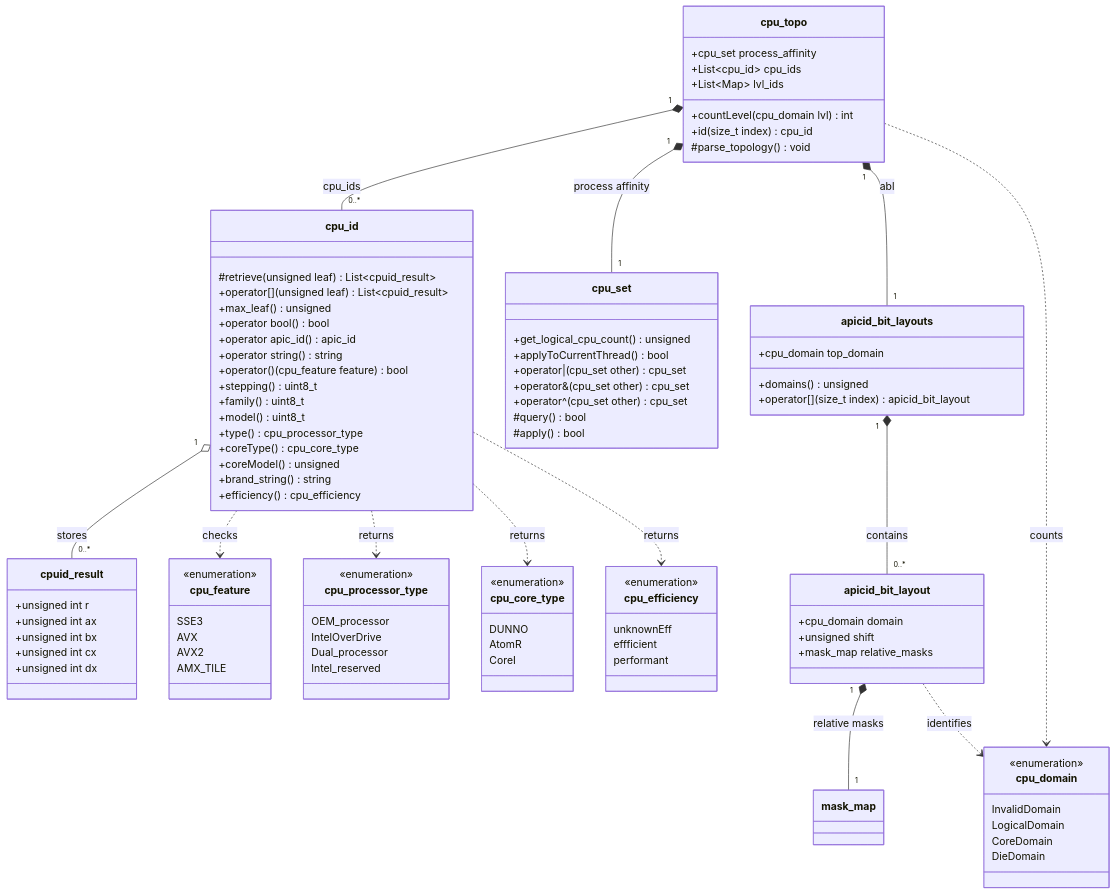
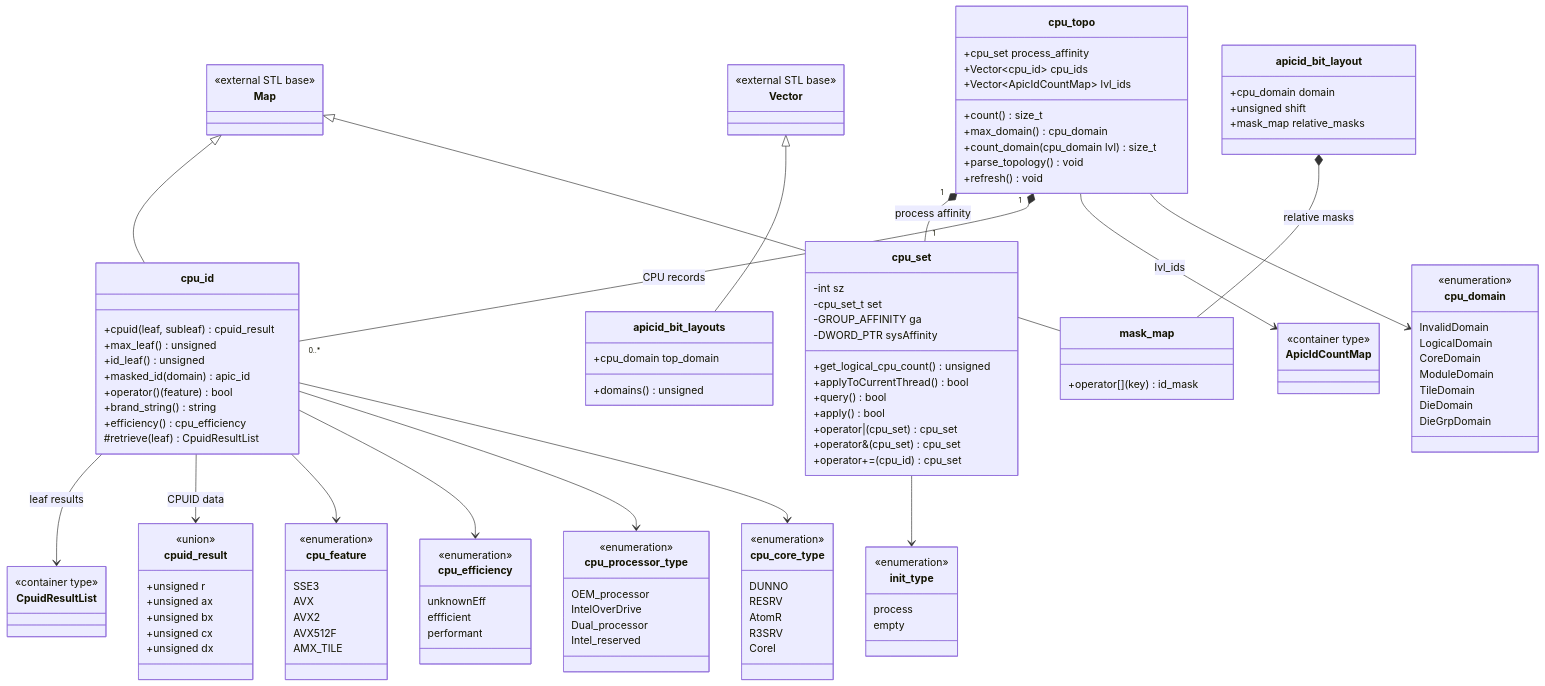
Before and after one commit to St0fF-NPL-ToM/cpu_info: the diagram in docs/cpu_info.mmd, drawn with Mermaid.

Commit message:
updated mermaid diagram

```diff
--- a/docs/cpu_info.mmd
+++ b/docs/cpu_info.mmd
@@ -1,119 +1,142 @@
----
-references:
-  - "File: /cpu_enums.h"
-  - "File: /cpu_id.h"
-  - "File: /cpu_info.h"
-  - "File: /cpu_set.h"
-generationTime: 2026-09-30T19:21:25.654Z
----
 classDiagram
-    class cpuid_result {
-        +unsigned int r
-        +unsigned int ax
-        +unsigned int bx
-        +unsigned int cx
-        +unsigned int dx
+    class cpu_topo {
+        +cpu_set process_affinity
+        +Vector~cpu_id~ cpu_ids
+        +Vector~ApicIdCountMap~ lvl_ids
+        +count() size_t
+        +max_domain() cpu_domain
+        +count_domain(cpu_domain lvl) size_t
+        +parse_topology() void
+        +refresh() void
     }
 
     class cpu_id {
-        #retrieve(unsigned leaf) List~cpuid_result~
-        +operator[](unsigned leaf) List~cpuid_result~
+        +cpuid(leaf, subleaf) cpuid_result
         +max_leaf() unsigned
-        +operator bool() bool
-        +operator apic_id() apic_id
-        +operator string() string
-        +operator()(cpu_feature feature) bool
-        +stepping() uint8_t
-        +family() uint8_t
-        +model() uint8_t
-        +type() cpu_processor_type
-        +coreType() cpu_core_type
-        +coreModel() unsigned
+        +id_leaf() unsigned
+        +masked_id(domain) apic_id
+        +operator()(feature) bool
         +brand_string() string
         +efficiency() cpu_efficiency
+        #retrieve(leaf) CpuidResultList
     }
 
-    class mask_map {
+    class cpu_set {
+        -int sz
+        -cpu_set_t set
+        -GROUP_AFFINITY ga
+        -DWORD_PTR sysAffinity
+        +get_logical_cpu_count() unsigned
+        +applyToCurrentThread() bool
+        +query() bool
+        +apply() bool
+        +operator|(cpu_set) cpu_set
+        +operator&(cpu_set) cpu_set
+        +operator+=(cpu_id) cpu_set
+    }
+
+    class cpuid_result {
+        <<union>>
+        +unsigned r
+        +unsigned ax
+        +unsigned bx
+        +unsigned cx
+        +unsigned dx
     }
 
     class apicid_bit_layout {
         +cpu_domain domain
         +unsigned shift
         +mask_map relative_masks
     }
 
     class apicid_bit_layouts {
         +cpu_domain top_domain
         +domains() unsigned
-        +operator[](size_t index) apicid_bit_layout
     }
 
-    class cpu_topo {
-        +cpu_set process_affinity
-        +List~cpu_id~ cpu_ids
-        +List~Map~ lvl_ids
-        +countLevel(cpu_domain lvl) int
-        +id(size_t index) cpu_id
-        #parse_topology() void
+    class mask_map {
+        +operator[](key) id_mask
     }
 
-    class cpu_set {
-        +get_logical_cpu_count() unsigned
-        +applyToCurrentThread() bool
-        +operator|(cpu_set other) cpu_set
-        +operator&(cpu_set other) cpu_set
-        +operator^(cpu_set other) cpu_set
-        #query() bool
-        #apply() bool
+    class Map {
+        <<external STL base>>
+    }
+
+    class Vector {
+        <<external STL base>>
     }
 
     class cpu_feature {
         <<enumeration>>
         SSE3
         AVX
         AVX2
+        AVX512F
         AMX_TILE
     }
 
     class cpu_domain {
         <<enumeration>>
         InvalidDomain
         LogicalDomain
         CoreDomain
+        ModuleDomain
+        TileDomain
         DieDomain
+        DieGrpDomain
     }
 
     class cpu_processor_type {
         <<enumeration>>
         OEM_processor
         IntelOverDrive
         Dual_processor
         Intel_reserved
     }
 
     class cpu_core_type {
         <<enumeration>>
         DUNNO
+        RESRV
         AtomR
+        R3SRV
         CoreI
     }
 
     class cpu_efficiency {
         <<enumeration>>
         unknownEff
         effficient
         performant
     }
 
-    cpu_topo "1" *-- "0..*" cpu_id : cpu_ids
+    class init_type {
+        <<enumeration>>
+        process
+        empty
+    }
+
+    class ApicIdCountMap {
+        <<container type>>
+    }
+
+    class CpuidResultList {
+        <<container type>>
+    }
+
+    Map <|-- cpu_id
+    Map <|-- mask_map
+    Vector <|-- apicid_bit_layouts
     cpu_topo "1" *-- "1" cpu_set : process affinity
-    cpu_topo "1" *-- "1" apicid_bit_layouts : abl
-    apicid_bit_layouts "1" *-- "0..*" apicid_bit_layout : contains
-    apicid_bit_layout "1" *-- "1" mask_map : relative masks
-    cpu_id "1" o-- "0..*" cpuid_result : stores
-    cpu_id ..> cpu_feature : checks
-    cpu_id ..> cpu_processor_type : returns
-    cpu_id ..> cpu_core_type : returns
-    cpu_id ..> cpu_efficiency : returns
-    apicid_bit_layout ..> cpu_domain : identifies
-    cpu_topo ..> cpu_domain : counts
+    cpu_topo "1" *-- "0..*" cpu_id : CPU records
+    cpu_topo --> ApicIdCountMap : lvl_ids
+    apicid_bit_layout *-- mask_map : relative masks
+    cpu_id --> CpuidResultList : leaf results
+    cpu_id --> cpuid_result : CPUID data
+    cpu_topo --> cpu_domain
+    cpu_id --> cpu_feature
+    cpu_id --> cpu_efficiency
+    cpu_id --> cpu_processor_type
+    cpu_id --> cpu_core_type
+    cpu_set --> init_type
```
